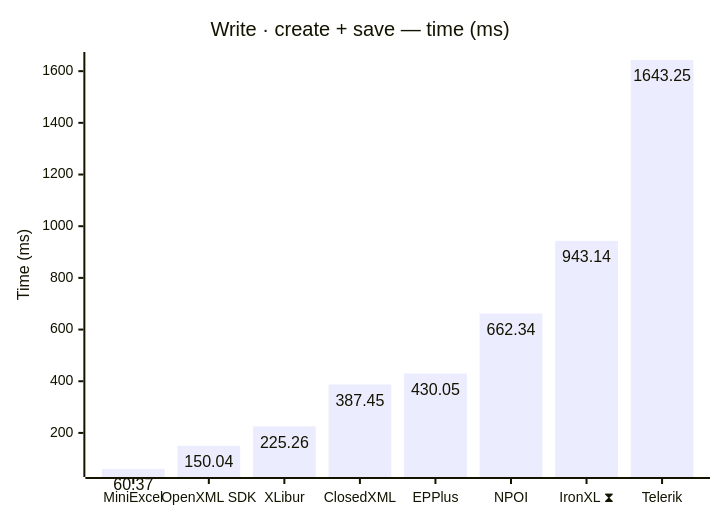
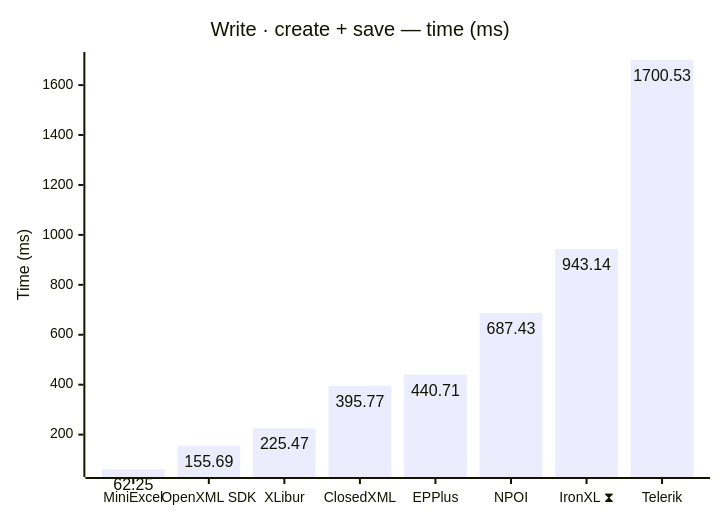
The fifth of 12 diagrams in docs/results.md (jafin/XLBench), drawn with Mermaid before and after one commit. The commit also changed other lines of this file and 2 other files, not shown here.

````diff
--- a/docs/results.md
+++ b/docs/results.md
@@ -92,12 +92,12 @@
 ```mermaid
 ---
 config:
   xyChart:
     showDataLabel: true
 ---
 xychart-beta
     title "Write · create + save — time (ms)"
     x-axis ["MiniExcel", "OpenXML SDK", "XLibur", "ClosedXML", "EPPlus", "NPOI", "IronXL ⧗", "Telerik"]
     y-axis "Time (ms)"
-    bar [60.37, 150.04, 225.26, 387.45, 430.05, 662.34, 943.14, 1643.25]
+    bar [62.25, 155.69, 225.47, 395.77, 440.71, 687.43, 943.14, 1700.53]
 ```
````
